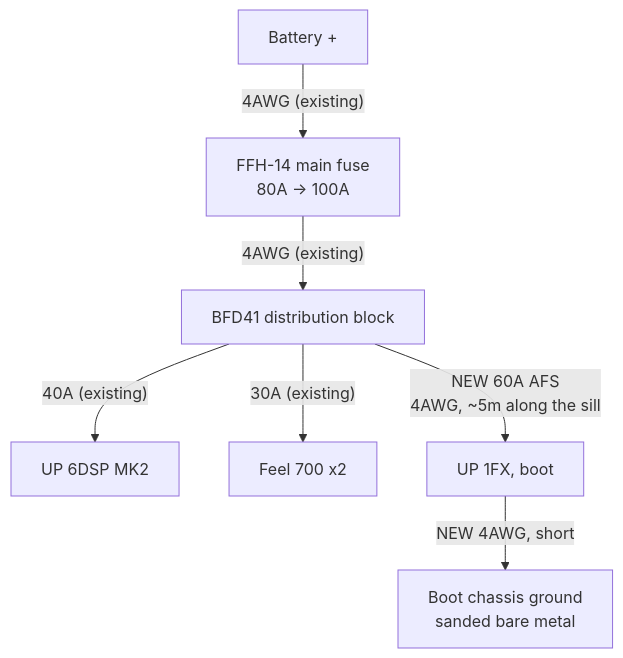
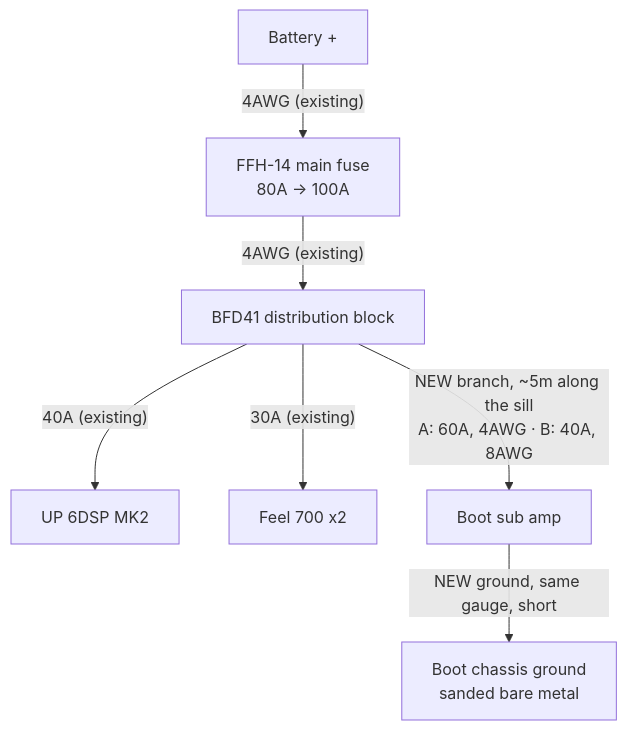
Before and after one commit to badsyntax/jimny-sound: the second of 3 diagrams in SUB-UPGRADE.md, drawn with Mermaid. The commit also changed other lines of this file and 2 other files, not shown here.

First line of the commit message:
Boot sub plan: add M 2.1AMP on-the-box option alongside UP 1FX

````diff
--- a/SUB-UPGRADE.md
+++ b/SUB-UPGRADE.md
@@ -190,9 +258,9 @@
 ```mermaid
 flowchart TD
     BAT["Battery +"] -->|"4AWG (existing)"| FFH["FFH-14 main fuse<br/>80A → 100A"]
     FFH -->|"4AWG (existing)"| BFD["BFD41 distribution block"]
     BFD -->|"40A (existing)"| AMP["UP 6DSP MK2"]
     BFD -->|"30A (existing)"| FEEL["Feel 700 x2"]
-    BFD -->|"NEW 60A AFS<br/>4AWG, ~5m along the sill"| FX["UP 1FX, boot"]
-    FX -->|"NEW 4AWG, short"| GND["Boot chassis ground<br/>sanded bare metal"]
+    BFD -->|"NEW branch, ~5m along the sill<br/>A: 60A, 4AWG · B: 40A, 8AWG"| BOOT["Boot sub amp"]
+    BOOT -->|"NEW ground, same gauge, short"| GND["Boot chassis ground<br/>sanded bare metal"]
 ```
````
